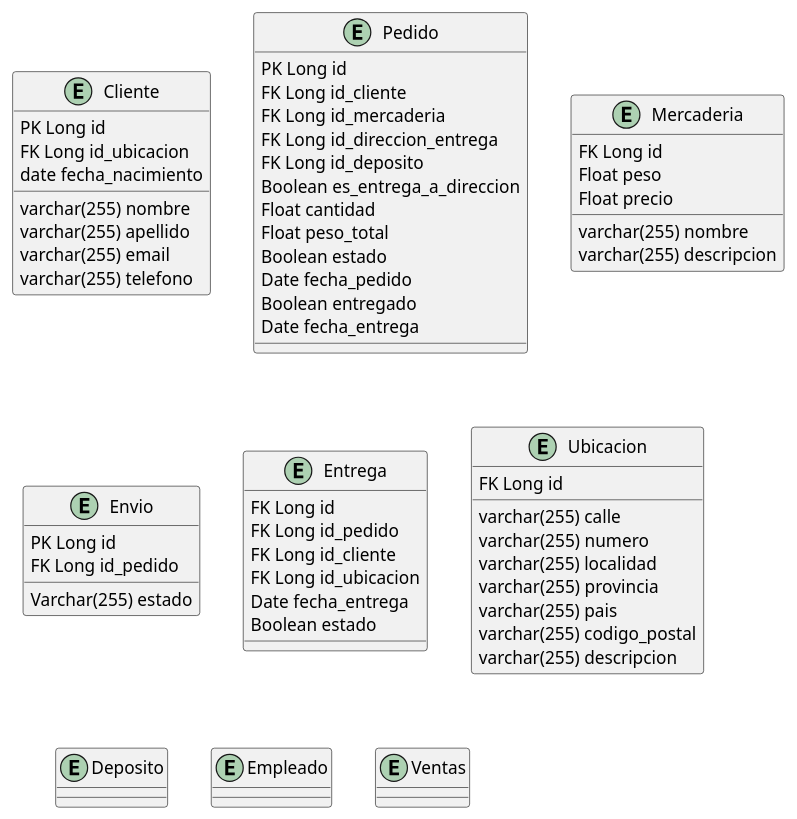
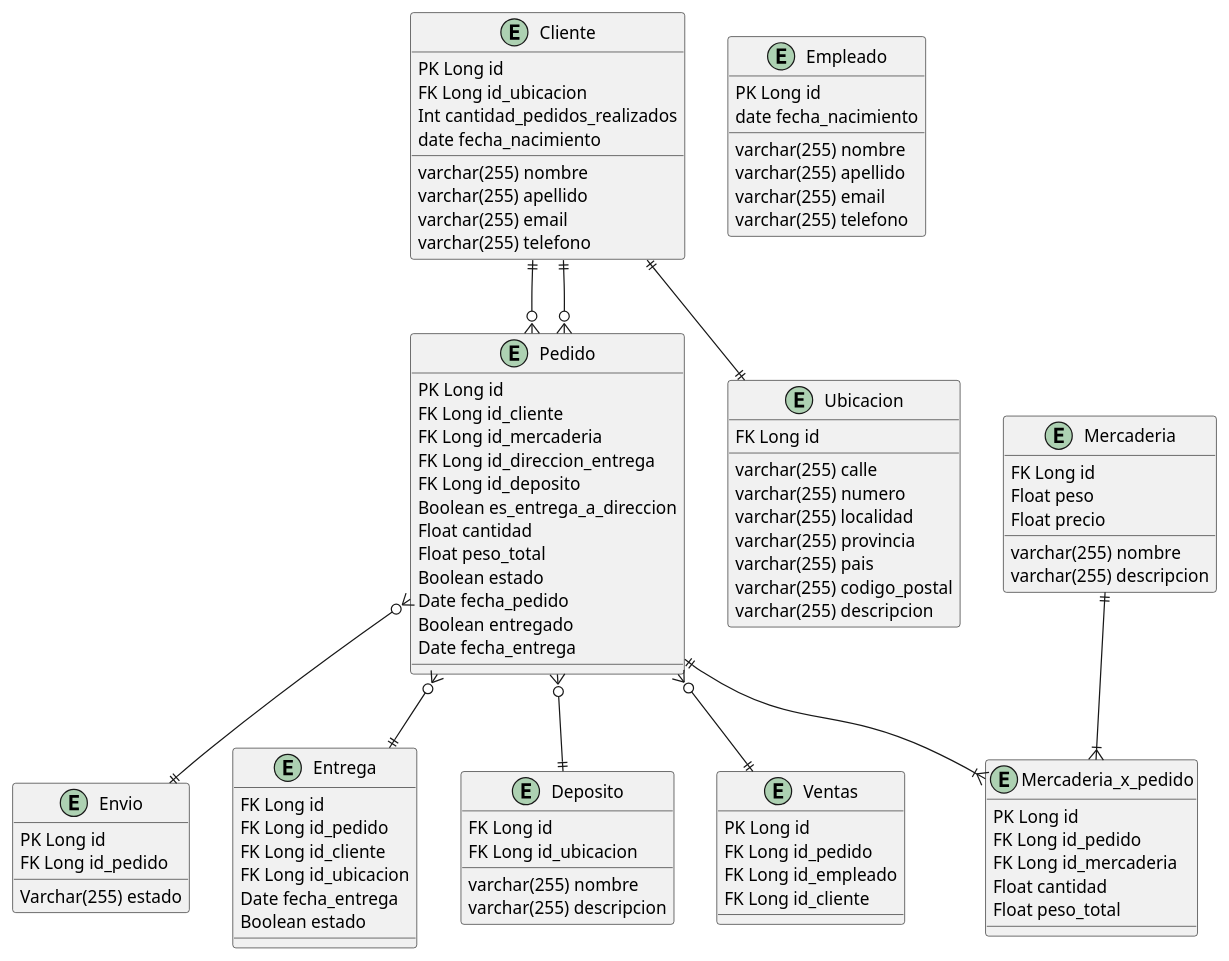
Before and after one commit to JuanIBorda/Practica-Modelado-de-Datos-y-Persistencia-de-Datos: the diagram in src/Diagramas/DER.puml, drawn with PlantUML. The commit also changed other lines of this file, not shown here.

Commit message:
Avances DER + Relaciones

```diff
--- a/src/Diagramas/DER.puml
+++ b/src/Diagramas/DER.puml
@@ -1,70 +1,107 @@
 @startuml
 
 entity Cliente{
     PK Long id
     FK Long id_ubicacion
+    Int cantidad_pedidos_realizados
     varchar(255) nombre
     varchar(255) apellido
     varchar(255) email
     varchar(255) telefono
     date fecha_nacimiento
 }
 
 entity Pedido{
     PK Long id
     FK Long id_cliente
     FK Long id_mercaderia
     FK Long id_direccion_entrega
     FK Long id_deposito
     Boolean es_entrega_a_direccion
     Float cantidad
     Float peso_total
     Boolean estado
     Date fecha_pedido
     Boolean entregado
     Date fecha_entrega
 }
 
 entity Mercaderia{
     FK Long id
     varchar(255) nombre
     varchar(255) descripcion
     Float peso
     Float precio
 }
 
 entity Envio{
     PK Long id
     FK Long id_pedido
     Varchar(255) estado
 }
 
 entity Entrega{
     FK Long id
     FK Long id_pedido
     FK Long id_cliente
     FK Long id_ubicacion
     Date fecha_entrega
     Boolean estado
 }
 
 
 entity Ubicacion{
     FK Long id
     varchar(255) calle
     varchar(255) numero
     varchar(255) localidad
     varchar(255) provincia
     varchar(255) pais
     varchar(255) codigo_postal
     varchar(255) descripcion
 }
 
-entity Deposito{}
+entity Deposito{
+    FK Long id
+    FK Long id_ubicacion
+    varchar(255) nombre
+    varchar(255) descripcion
+}
 
-entity Empleado{}
+entity Empleado{
+    PK Long id
+    varchar(255) nombre
+    varchar(255) apellido
+    varchar(255) email
+    varchar(255) telefono
+    date fecha_nacimiento
+}
 
-entity Ventas{}
+entity Ventas{
+    PK Long id
+    FK Long id_pedido
+    FK Long id_empleado
+    FK Long id_cliente
+}
+
+entity Mercaderia_x_pedido{
+PK Long id
+    FK Long id_pedido
+    FK Long id_mercaderia
+    Float cantidad
+    Float peso_total
+}
+
+Cliente ||--|| Ubicacion
+Cliente ||--o{ Pedido
+Pedido ||--|{ Mercaderia_x_pedido
+Mercaderia ||--|{ Mercaderia_x_pedido
+Pedido }o--|| Envio
+Pedido }o--|| Entrega
+Pedido }o--|| Ventas
+Pedido }o--|| Deposito
+Pedido }o--|| Cliente
+
 
 
 @enduml
```
